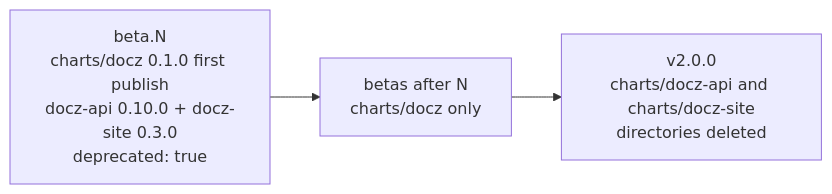
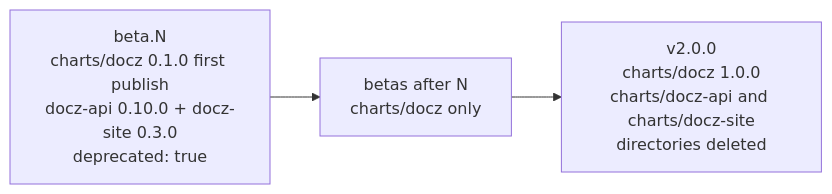
One commit to donaldgifford/docz changed the fourth of 4 diagrams in docs/design/0018-one-helm-chart-for-docz-chartsdocz-replaces-docz-api-and-docz.md. Above: the diagram before and after it, drawn with Mermaid. The commit also changed other lines of this file, not shown here.

````diff
--- a/docs/design/0018-one-helm-chart-for-docz-chartsdocz-replaces-docz-api-and-docz.md
+++ b/docs/design/0018-one-helm-chart-for-docz-chartsdocz-replaces-docz-api-and-docz.md
@@ -519,5 +610,5 @@
 ```mermaid
 flowchart LR
   A["beta.N<br/>charts/docz 0.1.0 first publish<br/>docz-api 0.10.0 + docz-site 0.3.0<br/>deprecated: true"] --> B["betas after N<br/>charts/docz only"]
-  B --> C["v2.0.0<br/>charts/docz-api and charts/docz-site<br/>directories deleted"]
+  B --> C["v2.0.0<br/>charts/docz 1.0.0<br/>charts/docz-api and charts/docz-site<br/>directories deleted"]
 ```
````
